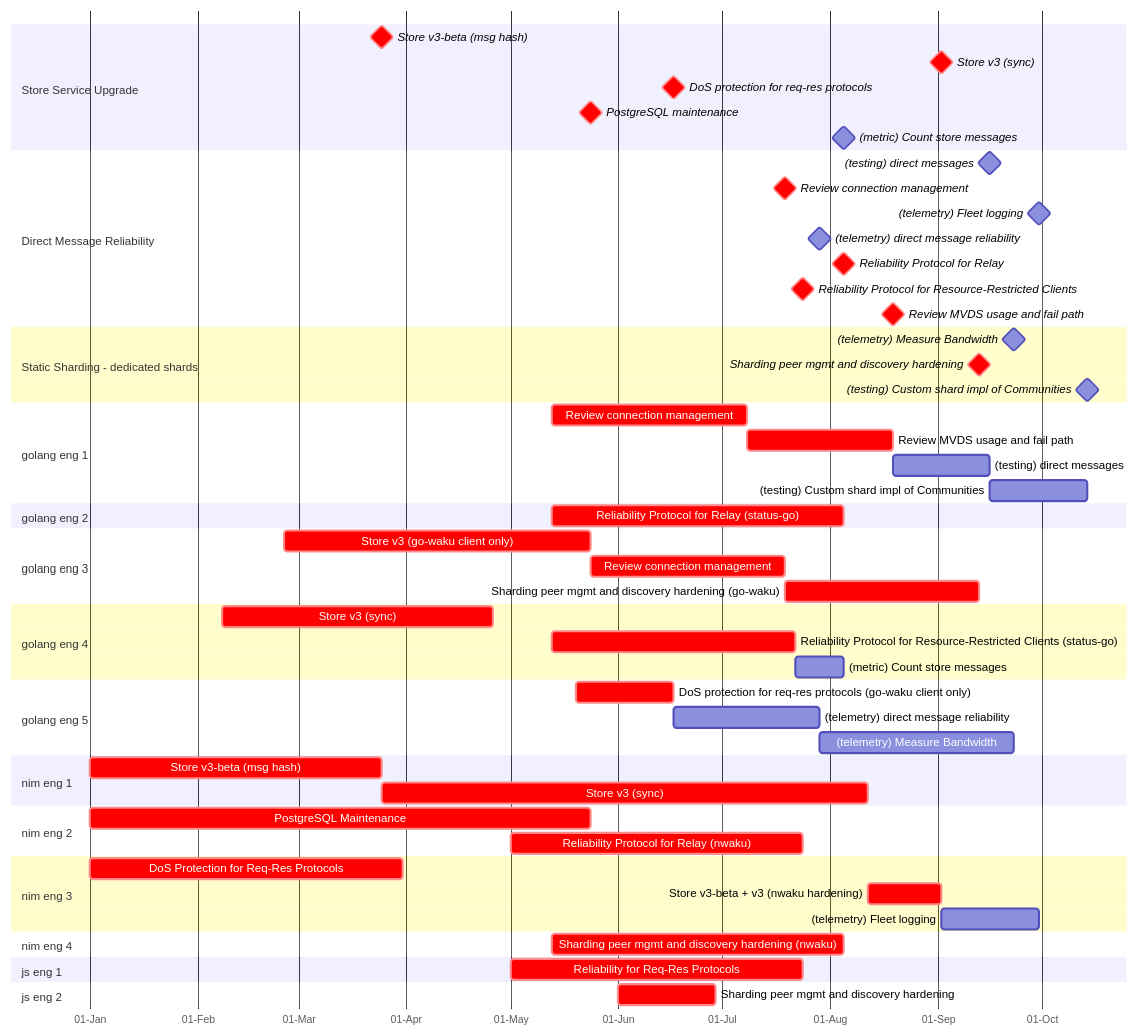
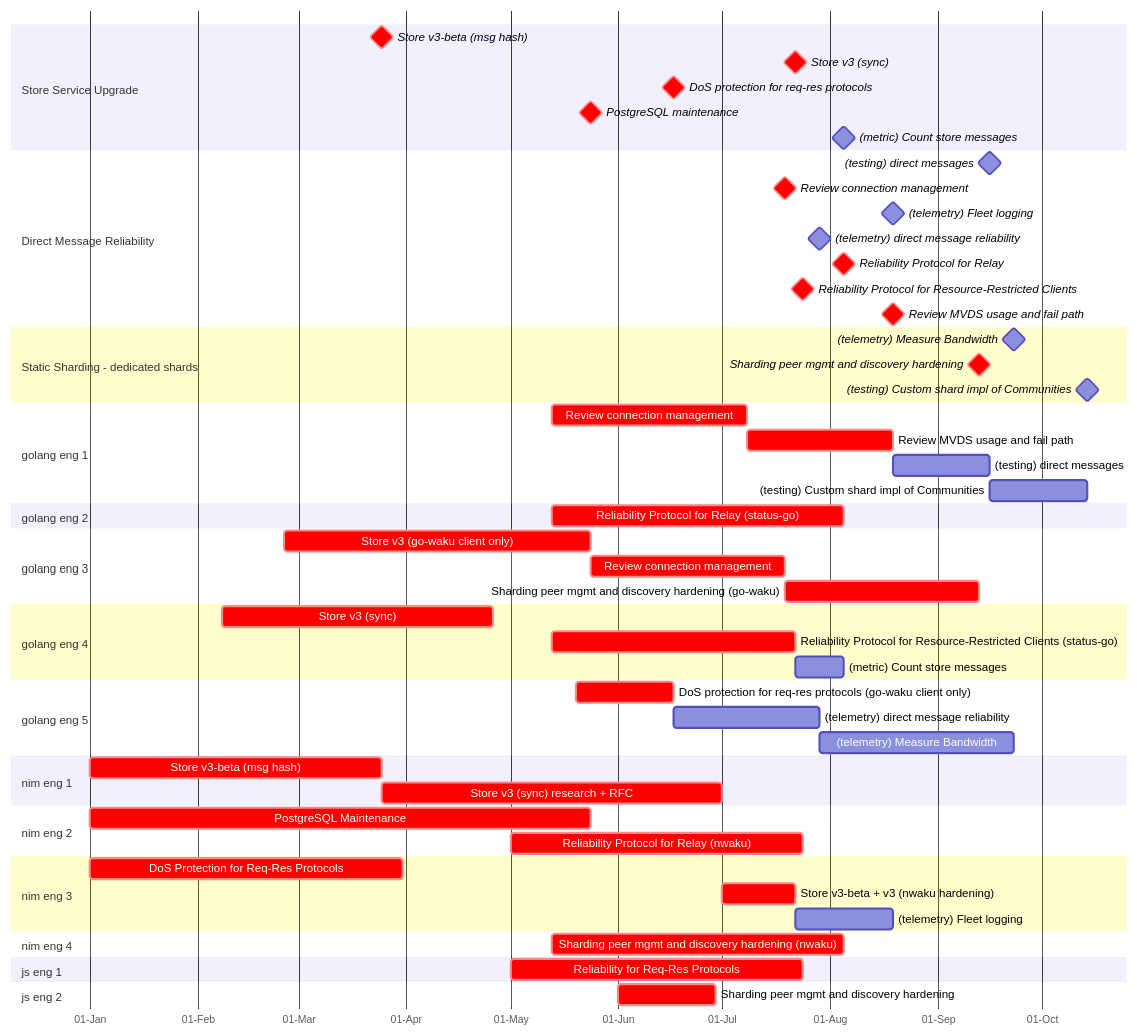
The diagram in content/waku/2024-gantt.md (logos-co/roadmap), drawn with Mermaid before and after one commit.

Commit message:
store v3 estimation

````diff
--- a/content/waku/2024-gantt.md
+++ b/content/waku/2024-gantt.md
@@ -16,82 +16,81 @@
 ```mermaid
 gantt
     dateFormat YYYY-MM-DD
     axisFormat %d-%b
     
 %% Milestones overview with deliverables
     section Store Service Upgrade
         Store v3-beta (msg hash): crit, milestone, after storev3-br, 0
         Store v3 (sync): crit, milestone, after storev3-r storev3-g storev3-n, 0
         DoS protection for req-res protocols: crit, milestone, after dosreqresn dosreqresj dosreqresg, 0
         PostgreSQL maintenance: crit, milestone, after pgsql, 0
         (metric) Count store messages: milestone, after count-store-msg, 0
     section Direct Message Reliability
         (testing) direct messages: milestone, after test-direct-msg, 0
         Review connection management: crit, milestone, after review-conn-mgmt-1 review-conn-mgmt-2, 0
         (telemetry) Fleet logging: milestone, after telem-fleet-logging, 0
         (telemetry) direct message reliability: milestone, after telem-d-msg-rel, 0
         Reliability Protocol for Relay: crit, milestone, after rel-relay-g rel-relay-n, 0
         Reliability Protocol for Resource-Restricted Clients: crit, milestone, after rel-reqres-g rel-reqres-j, 0
         Review MVDS usage and fail path: crit, milestone, after mvds, 0
     section Static Sharding - dedicated shards
         (telemetry) Measure Bandwidth: milestone, after telem-bandwidth, 0
         Sharding peer mgmt and discovery hardening: crit, milestone, after sh-peer-mgmt-j sh-peer-mgmt-n sh-peer-mgmt-g, 0
         (testing) Custom shard impl of Communities: milestone, after test-custom-shard, 0
 
 %% Tasks
     section golang eng 1
         %% Estimation TBC
         Review connection management: crit, review-conn-mgmt-1, 2024-05-13, 8w
         %% Estimate TBC
         Review MVDS usage and fail path: crit, mvds, after review-conn-mgmt-1, 6w
         %% Estimate/start TBC
         (testing) direct messages: test-direct-msg, after mvds, 4w
         %% Estimate TBC
         (testing) Custom shard impl of Communities: test-custom-shard, after test-direct-msg, 4w 
     section golang eng 2
         Reliability Protocol for Relay (status-go): crit, rel-relay-g, 2024-05-13, 12w
     section golang eng 3
         Store v3 (go-waku client only): crit, storev3-g, 2024-02-26, 2024-05-24
         %% Estimate TBC - assuming parallel work possible
         Review connection management: crit, review-conn-mgmt-2, after storev3-g, 8w
         %% TBC Estimate
         Sharding peer mgmt and discovery hardening (go-waku): crit, sh-peer-mgmt-g, after review-conn-mgmt-2, 8w
     section golang eng 4
         %% Review if actually needed
         Store v3 (sync): crit, 2024-02-08, 2024-04-26
         %% Estimate TBC assuming no RFC here
         Reliability Protocol for Resource-Restricted Clients (status-go): crit, rel-reqres-g, 2024-05-13, 10w
         (metric) Count store messages: count-store-msg, after rel-reqres-g, 2w
     section golang eng 5
         %% Estimate TBD
         DoS protection for req-res protocols (go-waku client only): crit, dosreqresg, 2024-05-20, 4w
         %% TBC estimate and start
         (telemetry) direct message reliability: telem-d-msg-rel, 2024-06-17, 6w
         %% TBC estimate and start
         (telemetry) Measure Bandwidth: telem-bandwidth, after telem-d-msg-rel, 8w
     section test eng 1
         %% TODO: start small scale simulations of DST such store perf    
     section nim eng 1
         %% TBC estimation done?
         Store v3-beta (msg hash): crit, storev3-br, 2024-01-01, 12w
-        %% TBC estimation
-        Store v3 (sync): crit, storev3-r, after storev3-br, 20w
+        Store v3 (sync) research + RFC: crit, storev3-r, after storev3-br, 14w
     section nim eng 2
         PostgreSQL Maintenance: crit, pgsql, 2024-01-01, 2024-05-24
         Reliability Protocol for Relay (nwaku): crit, rel-relay-n, 2024-05-01, 12w
     section nim eng 3
         %% TBC estimate/end
         DoS Protection for Req-Res Protocols: crit, dosreqresn, 2024-01-01, 90d
         %% TBC estimate, this is assuming PoC is done, ie,  how much hardening would be needed?
         Store v3-beta + v3 (nwaku hardening): crit, storev3-n, after storev3-br storev3-r dosreqresn, 3w
         %% TBC estimate/end/start
         (telemetry) Fleet logging: telem-fleet-logging, after storev3-n, 4w
     section nim eng 4
         %% TBC estimate/end
         Sharding peer mgmt and discovery hardening (nwaku): crit, sh-peer-mgmt-n, 2024-05-13, 12w
     section js eng 1
         Reliability for Req-Res Protocols: crit, rel-reqres-j, 2024-05-01, 12w
     section js eng 2
         %% TBC scope
         Sharding peer mgmt and discovery hardening: crit, sh-peer-mgmt-j, 2024-06-01, 4w
 ```
````
